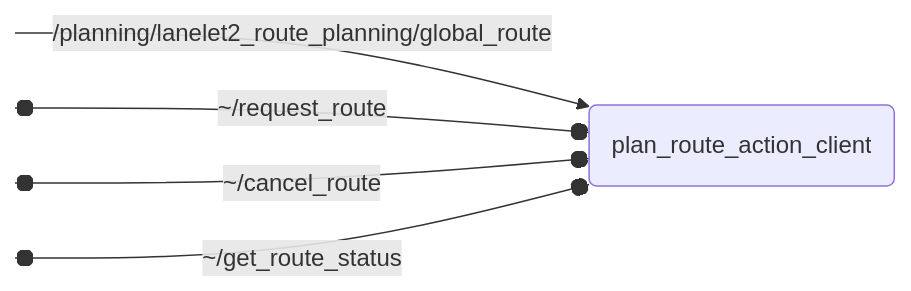
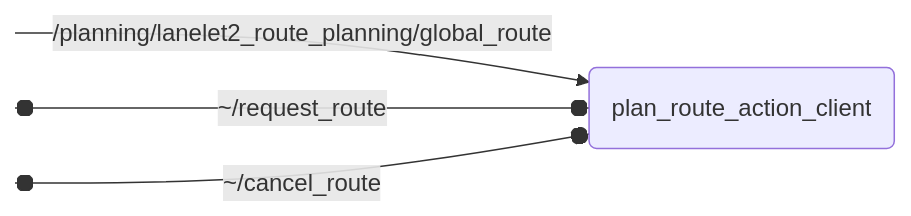
One commit to openads-project/lanelet2_route_planning changed the diagram in plan_route_action_client/README.md. Above: the diagram before and after it, drawn with Mermaid. The commit also changed other lines of this file and 2 other files, not shown here.

Commit message:
Remove route status service

````diff
--- a/plan_route_action_client/README.md
+++ b/plan_route_action_client/README.md
@@ -32,9 +28,8 @@
 ```mermaid
 flowchart LR
     NODE("plan_route_action_client")
     S0:::hidden -->|/planning/lanelet2_route_planning/global_route| NODE
     SS0:::hidden o--o|~/request_route| NODE
     SS1:::hidden o--o|~/cancel_route| NODE
-    SS2:::hidden o--o|~/get_route_status| NODE
     classDef hidden display: none;
 ```
````
